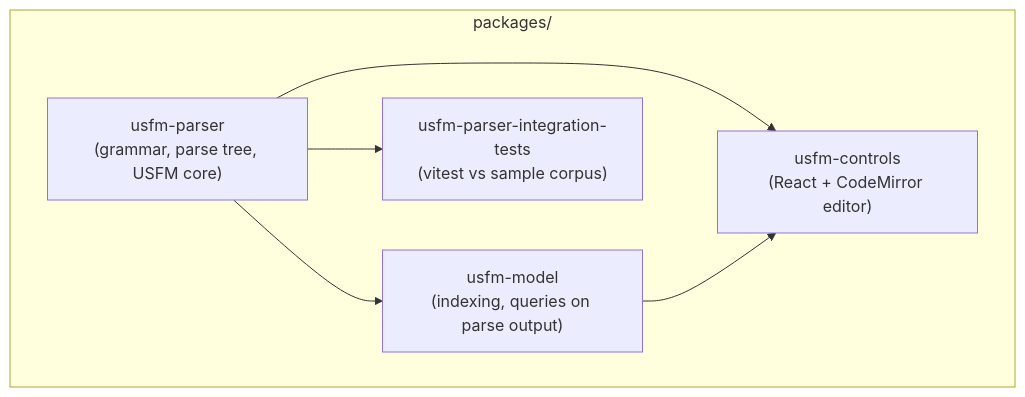
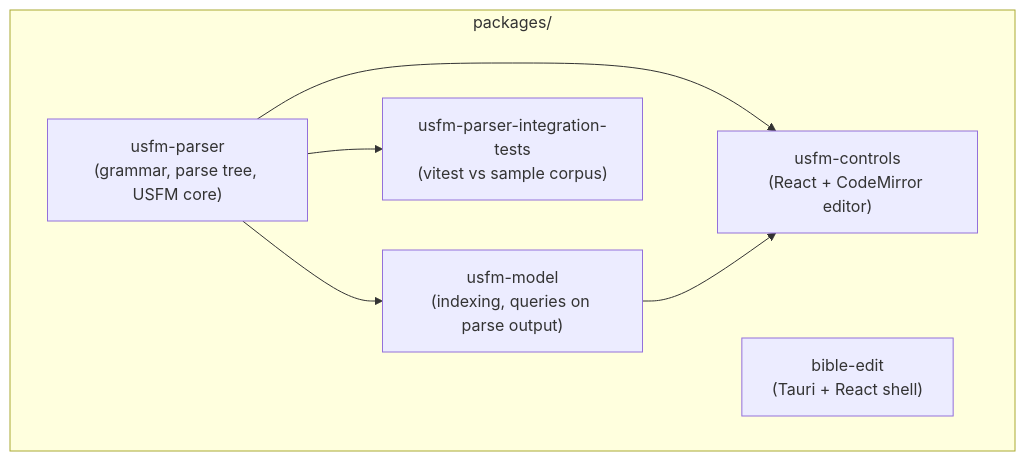
Before and after one commit to bencarnes/UsfmTools: the diagram in README.md, drawn with Mermaid. The commit also changed other lines of this file and 46 other files, not shown here.

First line of the commit message:
feat(bible-edit): Tauri + React + Tailwind shell with Vitest (#23)

````diff
--- a/README.md
+++ b/README.md
@@ -9,13 +9,14 @@
 ```mermaid
 flowchart TB
   subgraph packages["packages/"]
     parser["usfm-parser\n(grammar, parse tree, USFM core)"]
     model["usfm-model\n(indexing, queries on parse output)"]
     controls["usfm-controls\n(React + CodeMirror editor)"]
     integ["usfm-parser-integration-tests\n(vitest vs sample corpus)"]
+    bible["bible-edit\n(Tauri + React shell)"]
   end
   parser --> model
   parser --> controls
   model --> controls
   parser --> integ
 ```
````
